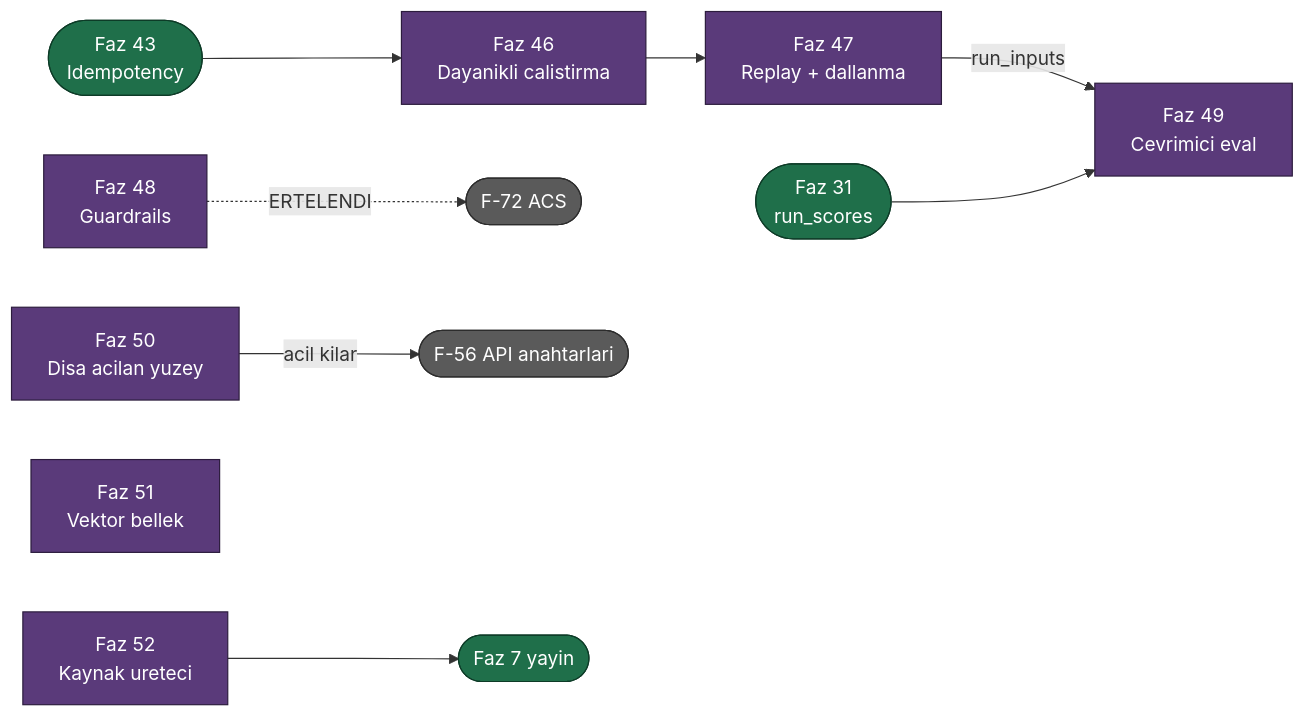
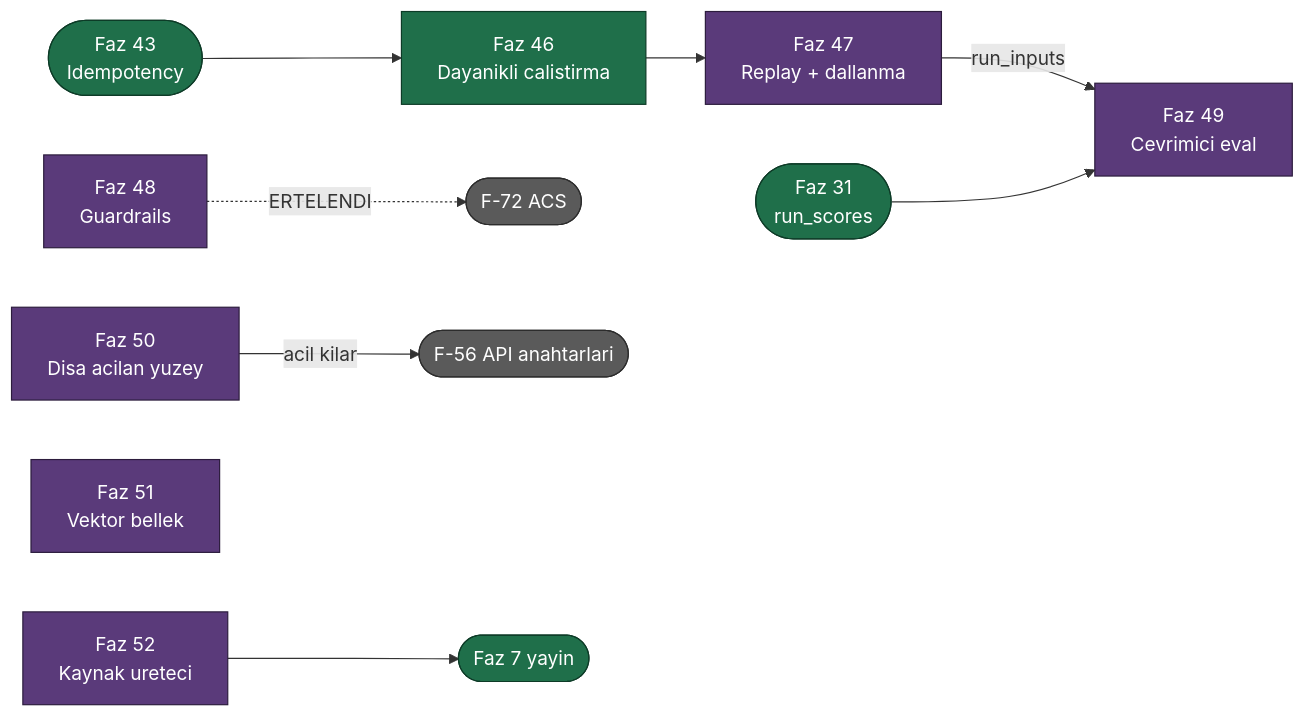
The diagram in docs/UCUNCU-FAZ-YOL-HARITASI.md (farukatasoy/Tracon), drawn with Mermaid before and after one commit. The commit also changed other lines of this file and 32 other files, not shown here.

````diff
--- a/docs/UCUNCU-FAZ-YOL-HARITASI.md
+++ b/docs/UCUNCU-FAZ-YOL-HARITASI.md
@@ -95,18 +96,18 @@
 ```mermaid
 flowchart LR
     F43(["Faz 43<br/>Idempotency"]) --> F46["Faz 46<br/>Dayanikli calistirma"]
     F46 --> F47["Faz 47<br/>Replay + dallanma"]
     F47 -->|"run_inputs"| F49["Faz 49<br/>Cevrimici eval"]
     F31(["Faz 31<br/>run_scores"]) --> F49
     F48["Faz 48<br/>Guardrails"] -.->|"ERTELENDI"| F72(["F-72 ACS"])
     F50["Faz 50<br/>Disa acilan yuzey"] -->|"acil kilar"| F56(["F-56 API anahtarlari"])
     F51["Faz 51<br/>Vektor bellek"]
     F52["Faz 52<br/>Kaynak ureteci"] --> F7(["Faz 7 yayin"])
 
     classDef planli fill:#1f6f4a,stroke:#0d3b27,color:#ffffff
     classDef dalga3 fill:#5a3a7a,stroke:#2c1c3d,color:#ffffff
     classDef ertelendi fill:#5a5a5a,stroke:#2c2c2c,color:#ffffff
-    class F43,F31,F7 planli
-    class F46,F47,F48,F49,F50,F51,F52 dalga3
+    class F43,F31,F7,F46 planli
+    class F47,F48,F49,F50,F51,F52 dalga3
     class F72,F56 ertelendi
 ```
````
